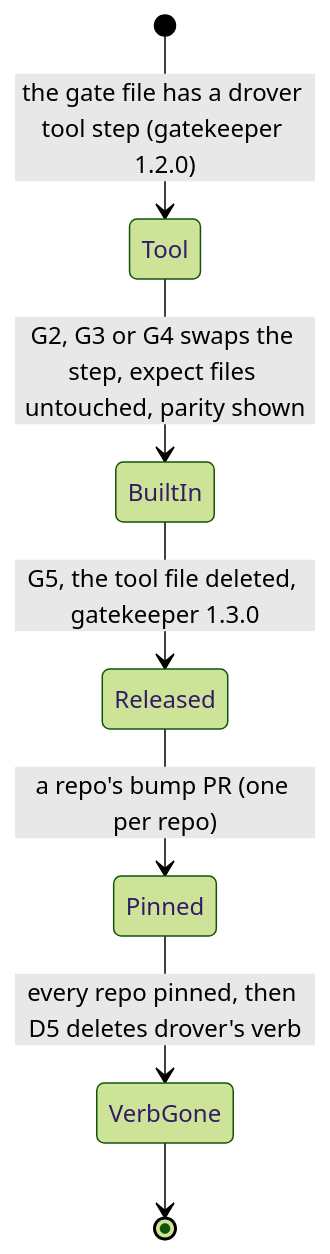
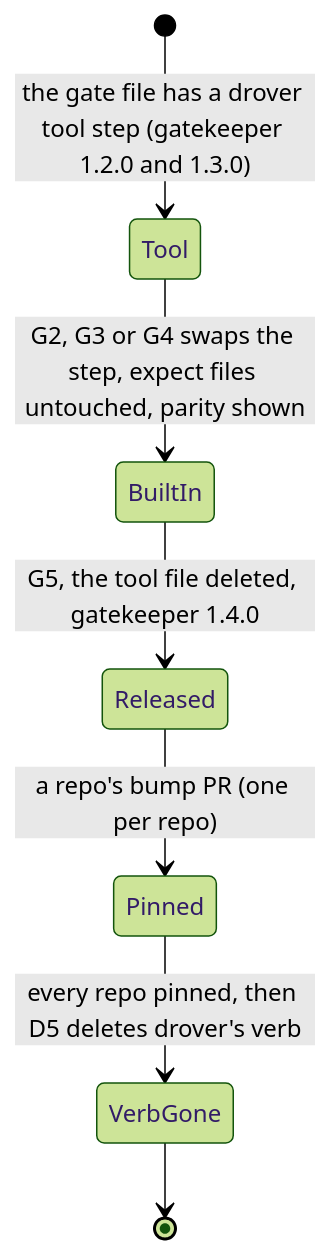
The first of 3 diagrams in docs/architecture/checks-to-gatekeeper/boundaries.md (jirathip-dev/drover), drawn with Mermaid (forest theme) before and after one commit. The commit also changed other lines of this file and 4 other files, not shown here.

Commit message:
architect: revise #1643: gatekeeper 1.4.0, one shared names set for the guard and core/hygiene (q3300)

````diff
--- a/docs/architecture/checks-to-gatekeeper/boundaries.md
+++ b/docs/architecture/checks-to-gatekeeper/boundaries.md
@@ -59,9 +66,9 @@
 ```mermaid
 stateDiagram-v2
-    [*] --> Tool: the gate file has a drover tool step (gatekeeper 1.2.0)
+    [*] --> Tool: the gate file has a drover tool step (gatekeeper 1.2.0 and 1.3.0)
     Tool --> BuiltIn: G2, G3 or G4 swaps the step, expect files untouched, parity shown
-    BuiltIn --> Released: G5, the tool file deleted, gatekeeper 1.3.0
+    BuiltIn --> Released: G5, the tool file deleted, gatekeeper 1.4.0
     Released --> Pinned: a repo's bump PR (one per repo)
     Pinned --> VerbGone: every repo pinned, then D5 deletes drover's verb
     VerbGone --> [*]
 ```
````
